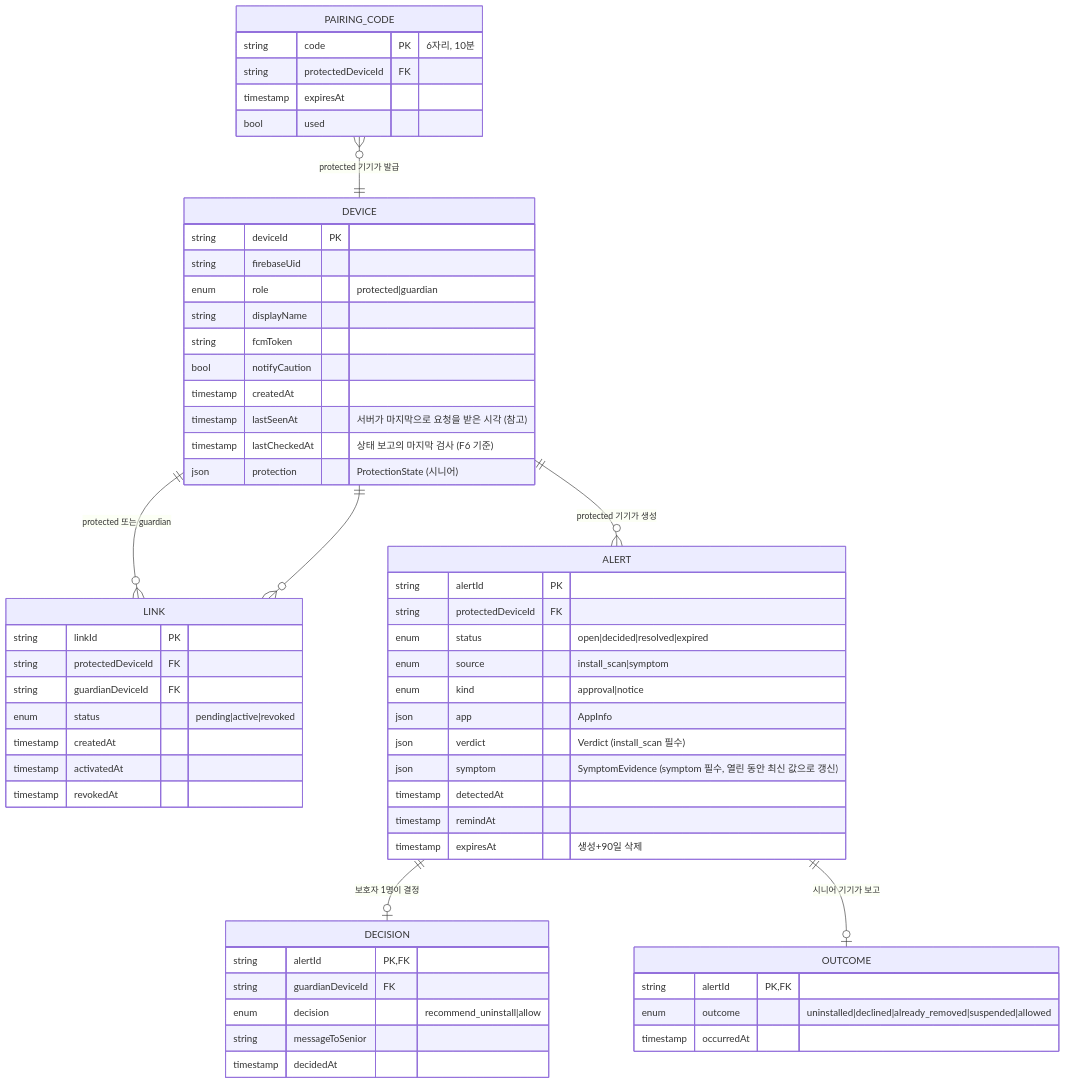
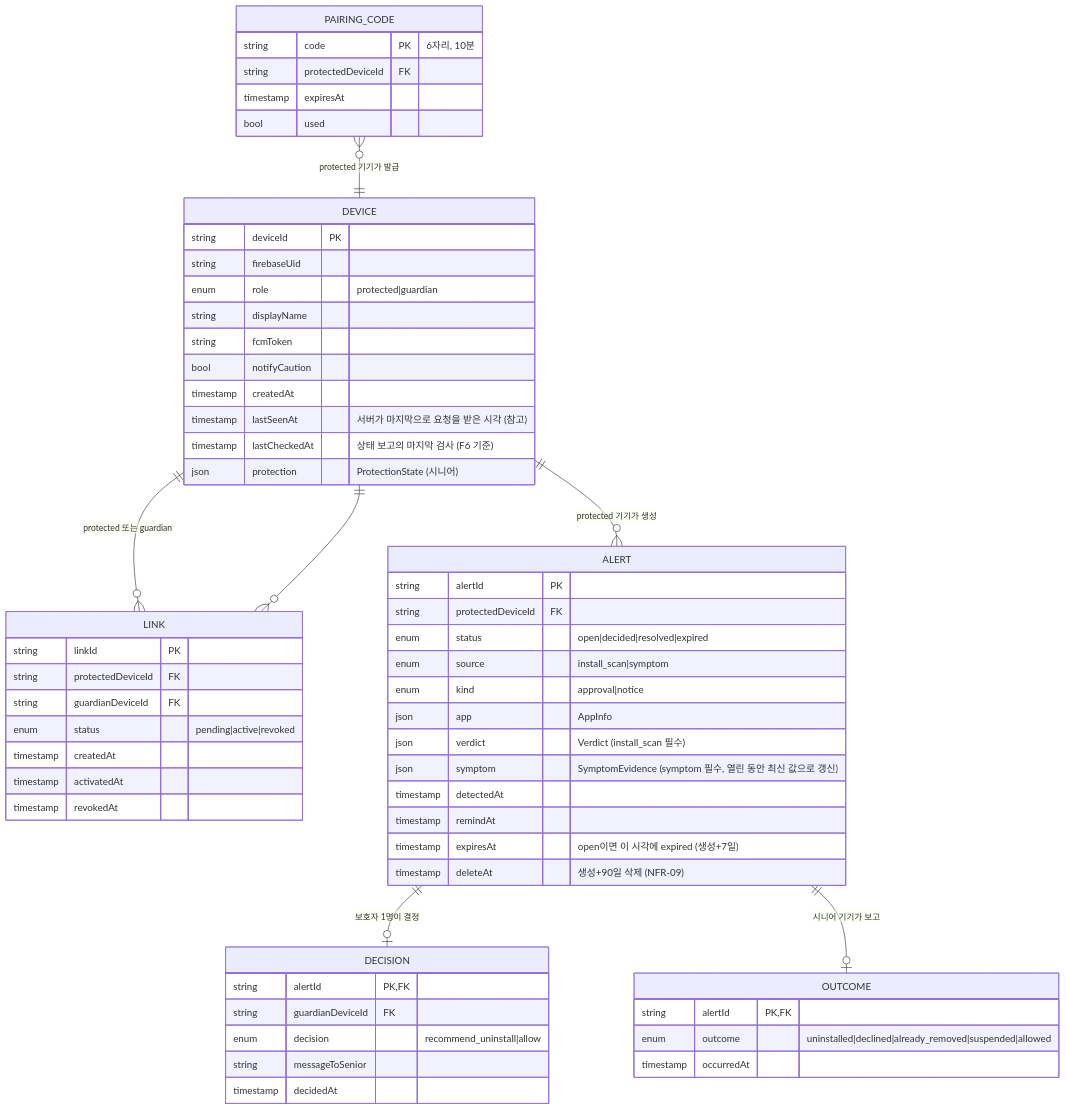
One commit to inq-o/phonedoctor changed the first of 2 diagrams in specs/001-mvp/data-model.md. Above: the diagram before and after it, drawn with Mermaid. The commit also changed 2 other files, not shown here.

Commit message:
docs(spec): CodeRabbit 3차 반영 — FR-023 식별 조합·notice 재알림 제외·만료와 삭제 시각 분리

````diff
--- a/specs/001-mvp/data-model.md
+++ b/specs/001-mvp/data-model.md
@@ -10,62 +10,63 @@
 ```mermaid
 erDiagram
     DEVICE ||--o{ LINK : "protected 또는 guardian"
     LINK }o--|| DEVICE : ""
     DEVICE ||--o{ ALERT : "protected 기기가 생성"
     ALERT ||--o| DECISION : "보호자 1명이 결정"
     ALERT ||--o| OUTCOME : "시니어 기기가 보고"
     PAIRING_CODE }o--|| DEVICE : "protected 기기가 발급"
 
     DEVICE {
       string deviceId PK
       string firebaseUid
       enum role "protected|guardian"
       string displayName
       string fcmToken
       bool notifyCaution
       timestamp createdAt
       timestamp lastSeenAt "서버가 마지막으로 요청을 받은 시각 (참고)"
       timestamp lastCheckedAt "상태 보고의 마지막 검사 (F6 기준)"
       json protection "ProtectionState (시니어)"
     }
     LINK {
       string linkId PK
       string protectedDeviceId FK
       string guardianDeviceId FK
       enum status "pending|active|revoked"
       timestamp createdAt
       timestamp activatedAt
       timestamp revokedAt
     }
     PAIRING_CODE {
       string code PK "6자리, 10분"
       string protectedDeviceId FK
       timestamp expiresAt
       bool used
     }
     ALERT {
       string alertId PK
       string protectedDeviceId FK
       enum status "open|decided|resolved|expired"
       enum source "install_scan|symptom"
       enum kind "approval|notice"
       json app "AppInfo"
       json verdict "Verdict (install_scan 필수)"
       json symptom "SymptomEvidence (symptom 필수, 열린 동안 최신 값으로 갱신)"
       timestamp detectedAt
       timestamp remindAt
-      timestamp expiresAt "생성+90일 삭제"
+      timestamp expiresAt "open이면 이 시각에 expired (생성+7일)"
+      timestamp deleteAt "생성+90일 삭제 (NFR-09)"
     }
     DECISION {
       string alertId PK, FK
       string guardianDeviceId FK
       enum decision "recommend_uninstall|allow"
       string messageToSenior
       timestamp decidedAt
     }
     OUTCOME {
       string alertId PK, FK
       enum outcome "uninstalled|declined|already_removed|suspended|allowed"
       timestamp occurredAt
     }
 ```
````
